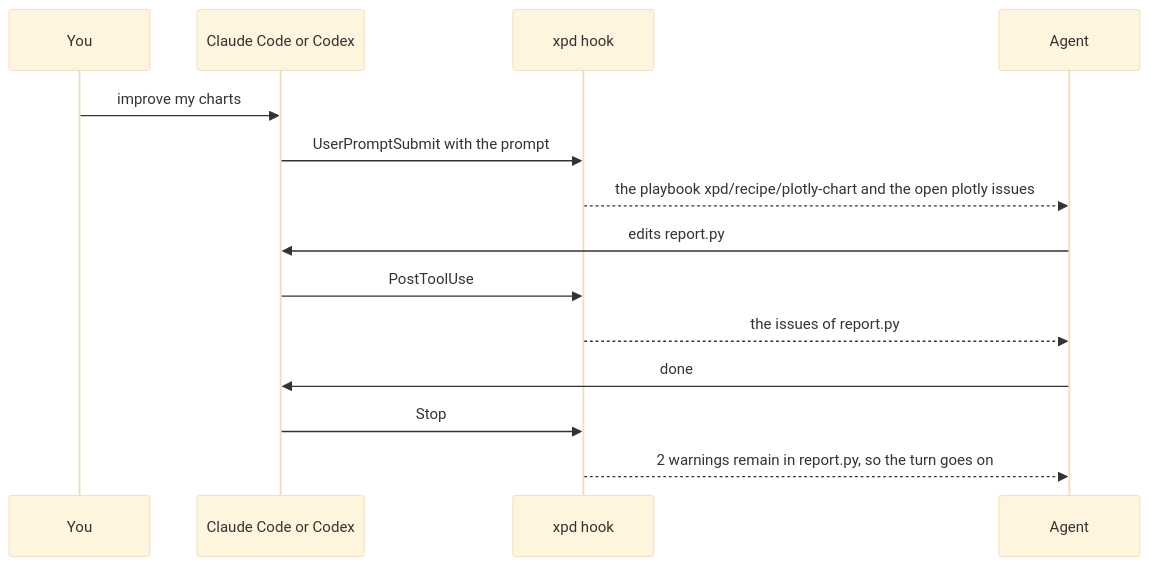
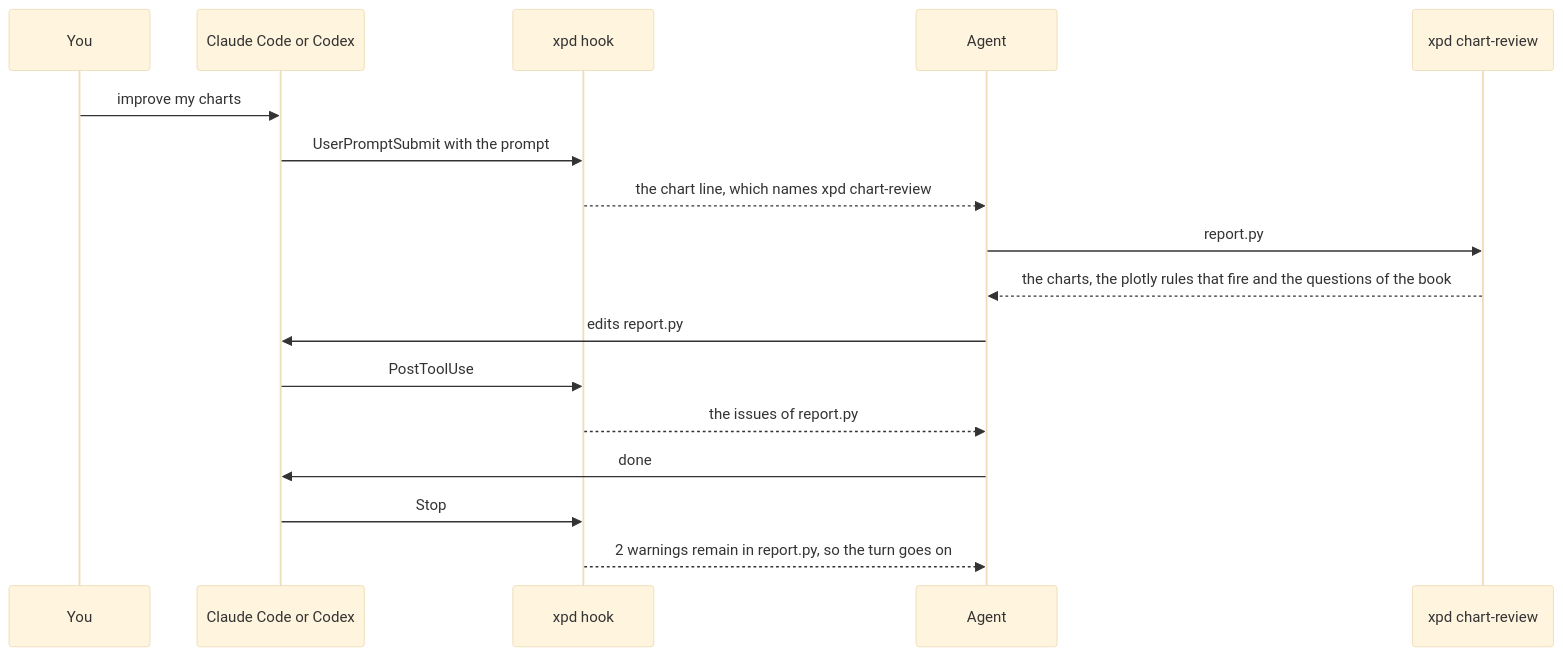
Before and after one commit to bjoernaagaard/xpd: the second of 2 diagrams in website/src/content/docs/guides/claude-code.md, drawn with Mermaid (base theme). The commit also changed other lines of this file and 26 other files, not shown here.

First line of the commit message:
Add xpd chart-review, which applies Tufte's book to a chart in any library

````diff
--- a/website/src/content/docs/guides/claude-code.md
+++ b/website/src/content/docs/guides/claude-code.md
@@ -193,16 +195,19 @@
 ```mermaid
 sequenceDiagram
     participant You
     participant Client as Claude Code or Codex
     participant Hook as xpd hook
     participant Agent
+    participant Review as xpd chart-review
     You->>Client: improve my charts
     Client->>Hook: UserPromptSubmit with the prompt
-    Hook-->>Agent: the playbook xpd/recipe/plotly-chart and the open plotly issues
+    Hook-->>Agent: the chart line, which names xpd chart-review
+    Agent->>Review: report.py
+    Review-->>Agent: the charts, the plotly rules that fire and the questions of the book
     Agent->>Client: edits report.py
     Client->>Hook: PostToolUse
     Hook-->>Agent: the issues of report.py
     Agent->>Client: done
     Client->>Hook: Stop
     Hook-->>Agent: 2 warnings remain in report.py, so the turn goes on
 ```
````
